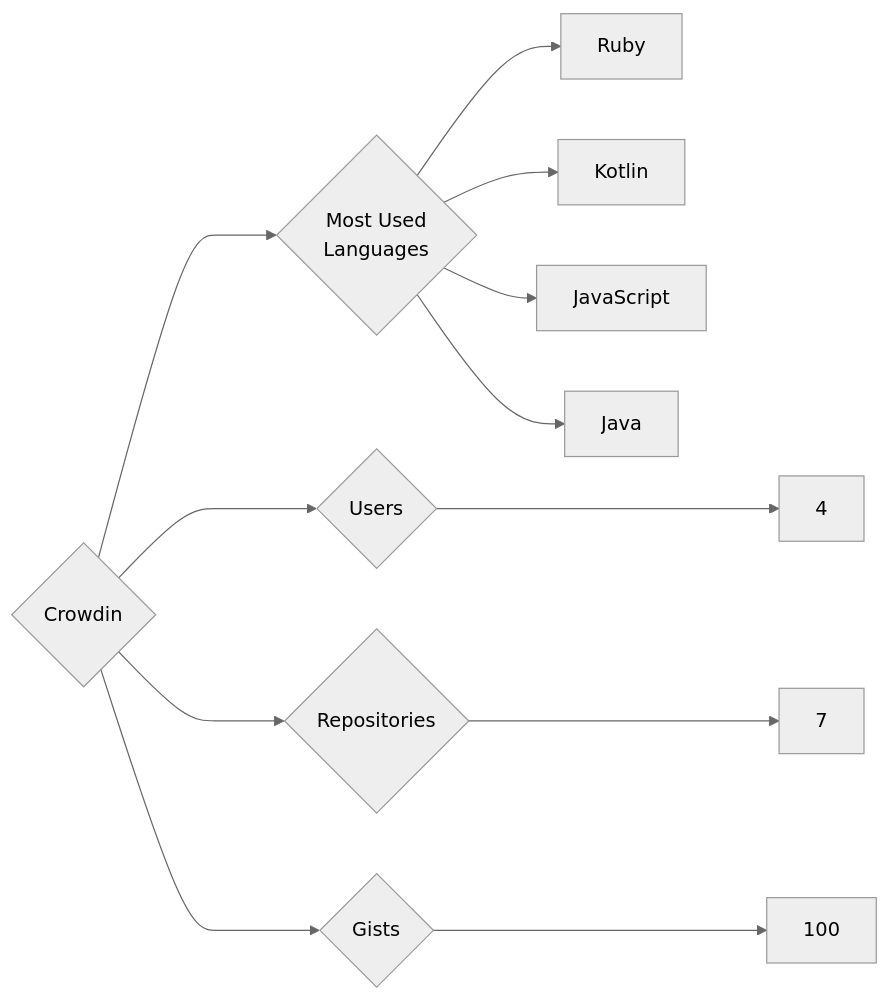
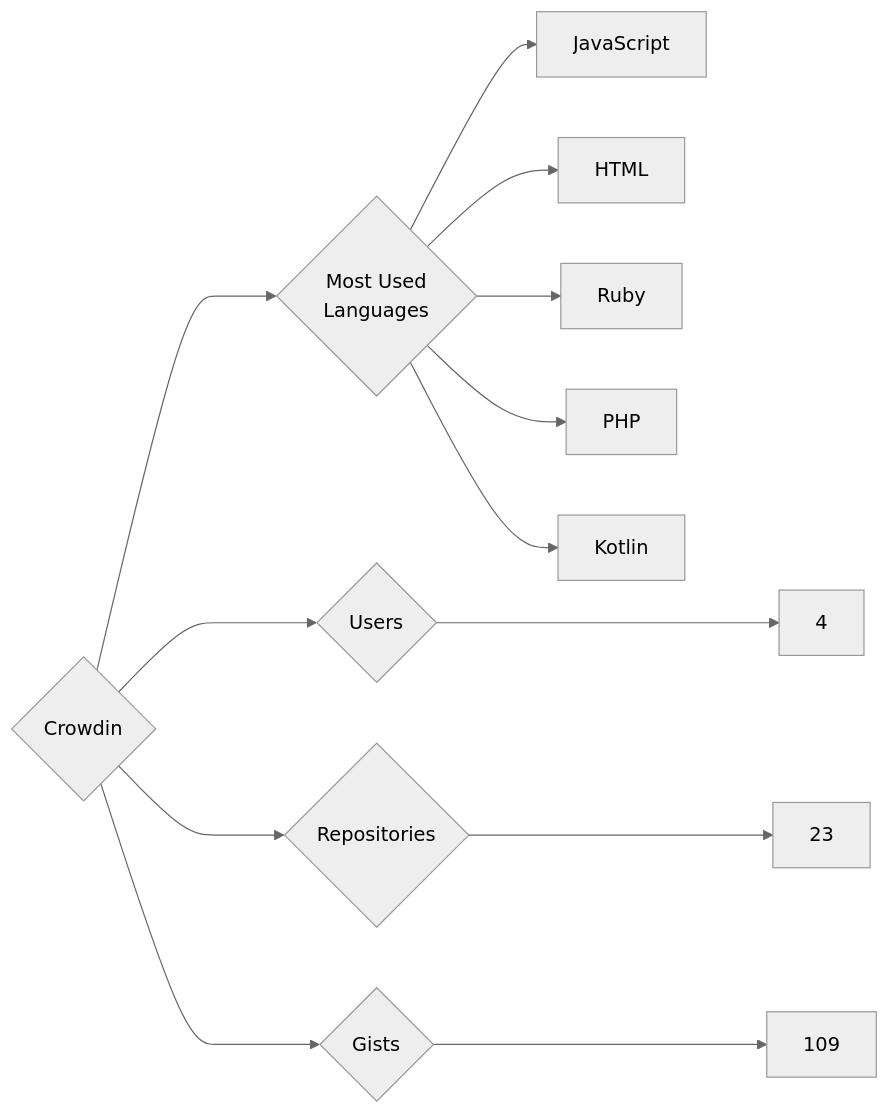
Before and after one commit to trickest/insiders: the diagram in targets/Crowdin/README.md, drawn with Mermaid (neutral theme). The commit also changed 1036 other files, not shown here.

````diff
--- a/targets/Crowdin/README.md
+++ b/targets/Crowdin/README.md
@@ -3,12 +3,13 @@
 ```mermaid
 graph LR
 COMPANY_NAME{Crowdin}
 COMPANY_NAME ---> U{Users} ---> UN[4]
-COMPANY_NAME ---> R{Repositories} ---> RN[7]
-COMPANY_NAME ---> G{Gists} ---> GN[100]
+COMPANY_NAME ---> R{Repositories} ---> RN[23]
+COMPANY_NAME ---> G{Gists} ---> GN[109]
 COMPANY_NAME ---> ML{Most Used<br>Languages}
+ML --> JavaScript[JavaScript]
+ML --> HTML[HTML]
 ML --> Ruby[Ruby]
+ML --> PHP[PHP]
 ML --> Kotlin[Kotlin]
-ML --> JavaScript[JavaScript]
-ML --> Java[Java]
 ```
````
